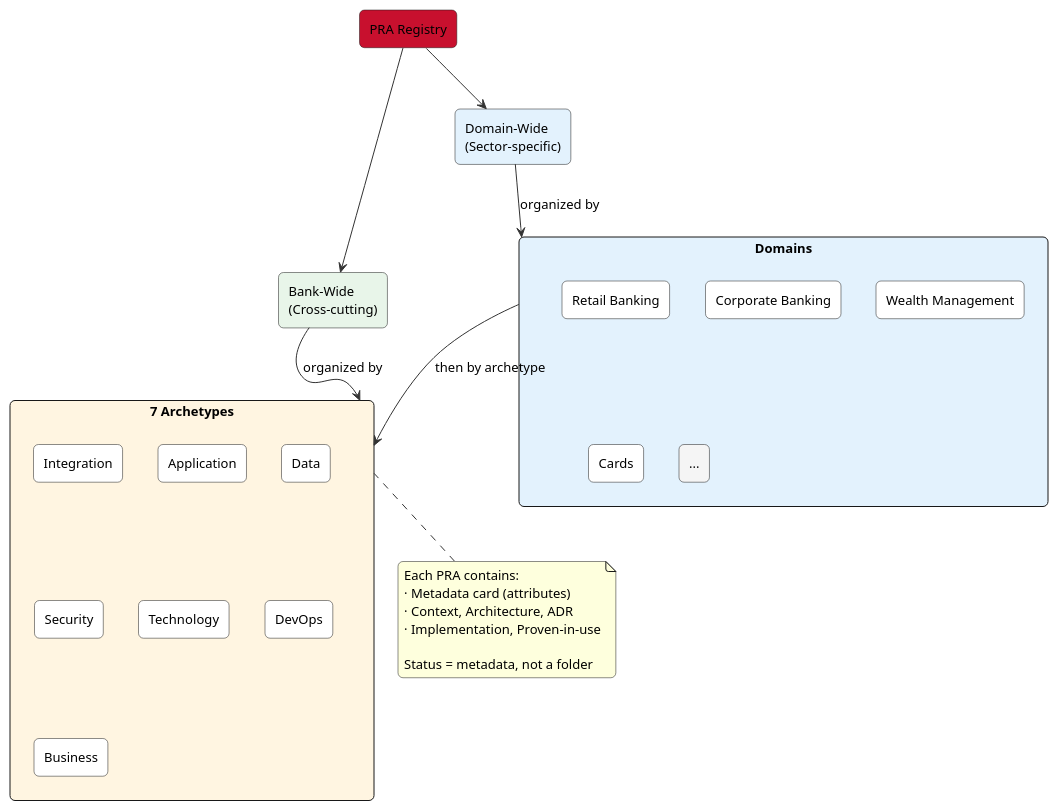
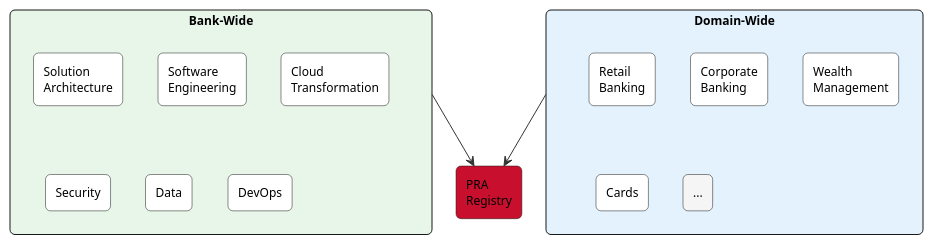
Before and after one commit to KiyaliHQ/proven-reusable-architecture: the third of 6 diagrams in content/pras/en/overview.adoc, drawn with PlantUML. The commit also changed other lines of this file and 2 other files, not shown here.

```diff
--- a/content/pras/en/overview.adoc
+++ b/content/pras/en/overview.adoc
@@ -99,53 +175,32 @@
 [plantuml]
 ----
 @startuml
 skinparam backgroundColor transparent
-skinparam defaultFontName "Segoe UI"
-skinparam defaultFontSize 13
+skinparam defaultFontSize 12
 skinparam shadowing false
 skinparam roundCorner 10
 skinparam ArrowColor #333333
-skinparam object {
-  BackgroundColor #ffffff
-  BorderColor #d1d5db
+
+rectangle "PRA\nRegistry" as reg #c8102e
+
+rectangle "Bank-Wide" as bw #e8f5e9 {
+  rectangle "Solution\nArchitecture" as bw1 #ffffff
+  rectangle "Software\nEngineering" as bw2 #ffffff
+  rectangle "Cloud\nTransformation" as bw3 #ffffff
+  rectangle "Security" as bw4 #ffffff
+  rectangle "Data" as bw5 #ffffff
+  rectangle "DevOps" as bw6 #ffffff
 }
 
-rectangle "PRA Registry" as root #c8102e
-
-rectangle "Bank-Wide\n(Cross-cutting)" as bw #e8f5e9
-rectangle "Domain-Wide\n(Sector-specific)" as dw #e3f2fd
-
-rectangle "7 Archetypes" as arch #fff5e1 {
-  rectangle "Integration" as a1 #ffffff
-  rectangle "Application" as a2 #ffffff
-  rectangle "Data" as a3 #ffffff
-  rectangle "Security" as a4 #ffffff
-  rectangle "Technology" as a5 #ffffff
-  rectangle "DevOps" as a6 #ffffff
-  rectangle "Business" as a7 #ffffff
+rectangle "Domain-Wide" as dw #e3f2fd {
+  rectangle "Retail\nBanking" as dw1 #ffffff
+  rectangle "Corporate\nBanking" as dw2 #ffffff
+  rectangle "Wealth\nManagement" as dw3 #ffffff
+  rectangle "Cards" as dw4 #ffffff
+  rectangle "..." as dw5 #f5f5f5
 }
 
-rectangle "Domains" as domains #e3f2fd {
-  rectangle "Retail Banking" as d1 #ffffff
-  rectangle "Corporate Banking" as d2 #ffffff
-  rectangle "Wealth Management" as d3 #ffffff
-  rectangle "Cards" as d4 #ffffff
-  rectangle "..." as d5 #f5f5f5
-}
-
-root -down-> bw
-root -down-> dw
-bw -down-> arch : organized by
-dw -down-> domains : organized by
-domains -down-> arch : then by archetype
-
-note bottom of arch
-  Each PRA contains:
-  · Metadata card (attributes)
-  · Context, Architecture, ADR
-  · Implementation, Proven-in-use
-
-  Status = metadata, not a folder
-end note
+bw --> reg
+dw --> reg
 @enduml
 ----
```
